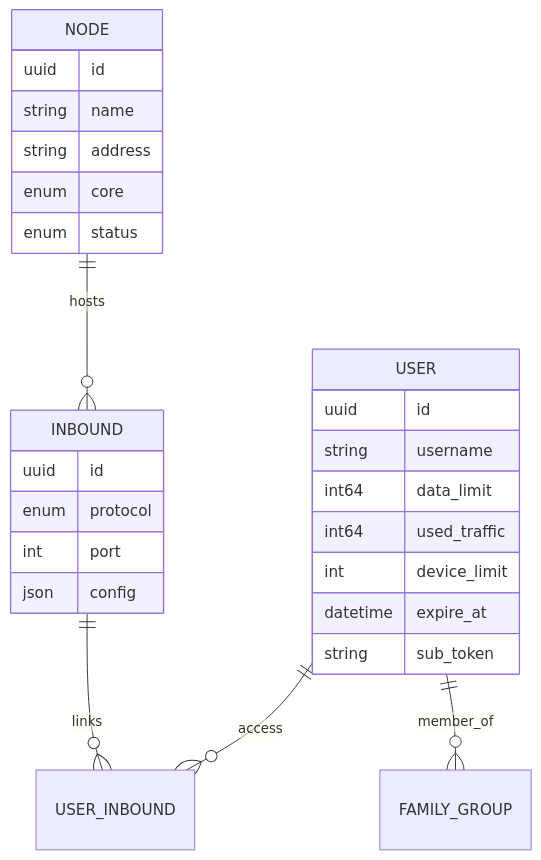
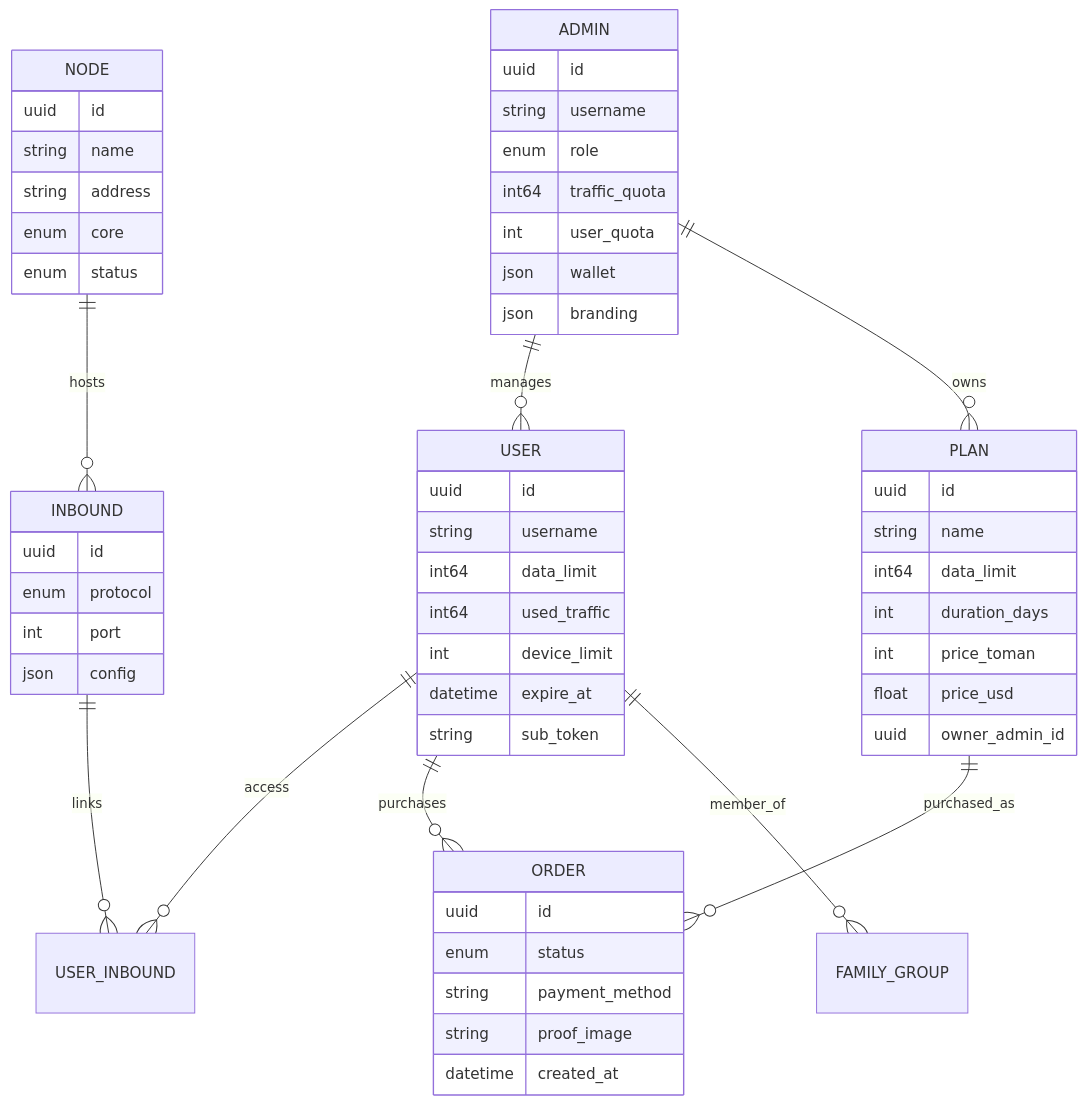
One commit to iPmartNetwork/VortexUI changed the diagram in docs/wiki/en/01-introduction.md. Above: the diagram before and after it, drawn with Mermaid. The commit also changed other lines of this file and 19 other files, not shown here.

````diff
--- a/docs/wiki/en/01-introduction.md
+++ b/docs/wiki/en/01-introduction.md
@@ -124,29 +130,58 @@
 ```mermaid
 erDiagram
+    ADMIN ||--o{ USER : manages
+    ADMIN ||--o{ PLAN : owns
     USER ||--o{ USER_INBOUND : access
+    USER ||--o{ ORDER : purchases
     USER ||--o{ FAMILY_GROUP : member_of
     NODE ||--o{ INBOUND : hosts
     INBOUND ||--o{ USER_INBOUND : links
+    PLAN ||--o{ ORDER : purchased_as
+    ADMIN {
+        uuid id
+        string username
+        enum role
+        int64 traffic_quota
+        int user_quota
+        json wallet
+        json branding
+    }
     USER {
         uuid id
         string username
         int64 data_limit
         int64 used_traffic
         int device_limit
         datetime expire_at
         string sub_token
     }
     NODE {
         uuid id
         string name
         string address
         enum core
         enum status
     }
     INBOUND {
         uuid id
         enum protocol
         int port
         json config
     }
+    PLAN {
+        uuid id
+        string name
+        int64 data_limit
+        int duration_days
+        int price_toman
+        float price_usd
+        uuid owner_admin_id
+    }
+    ORDER {
+        uuid id
+        enum status
+        string payment_method
+        string proof_image
+        datetime created_at
+    }
 ```
````
